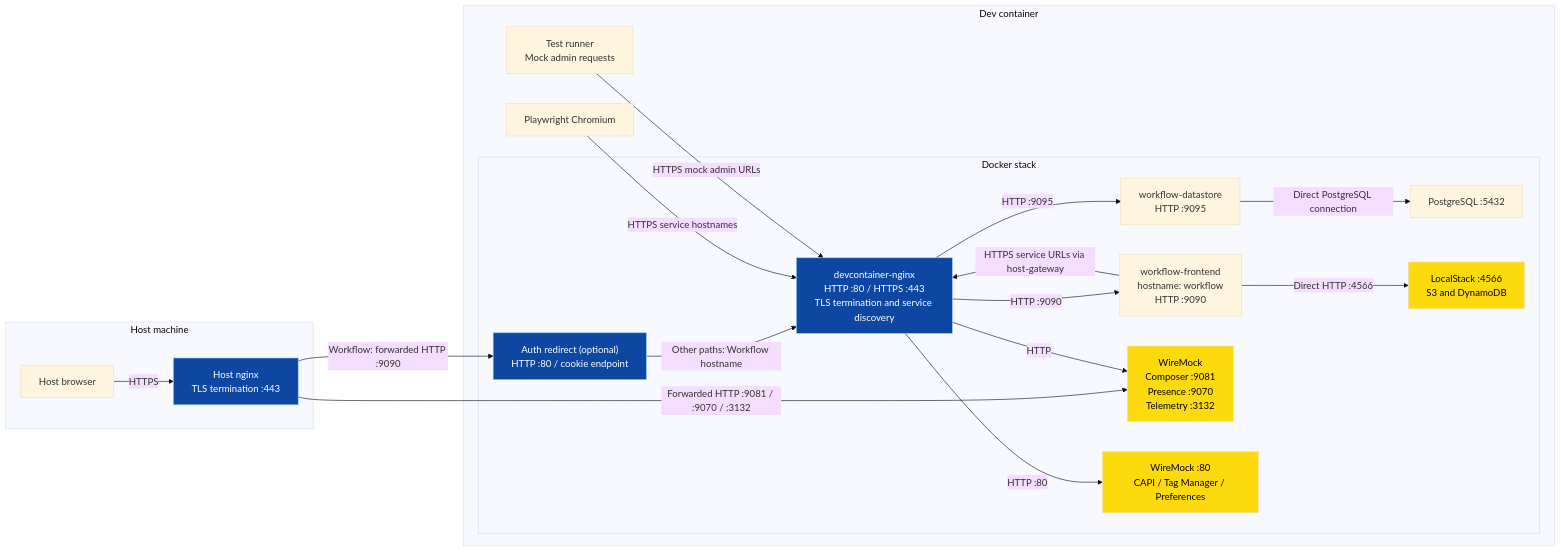
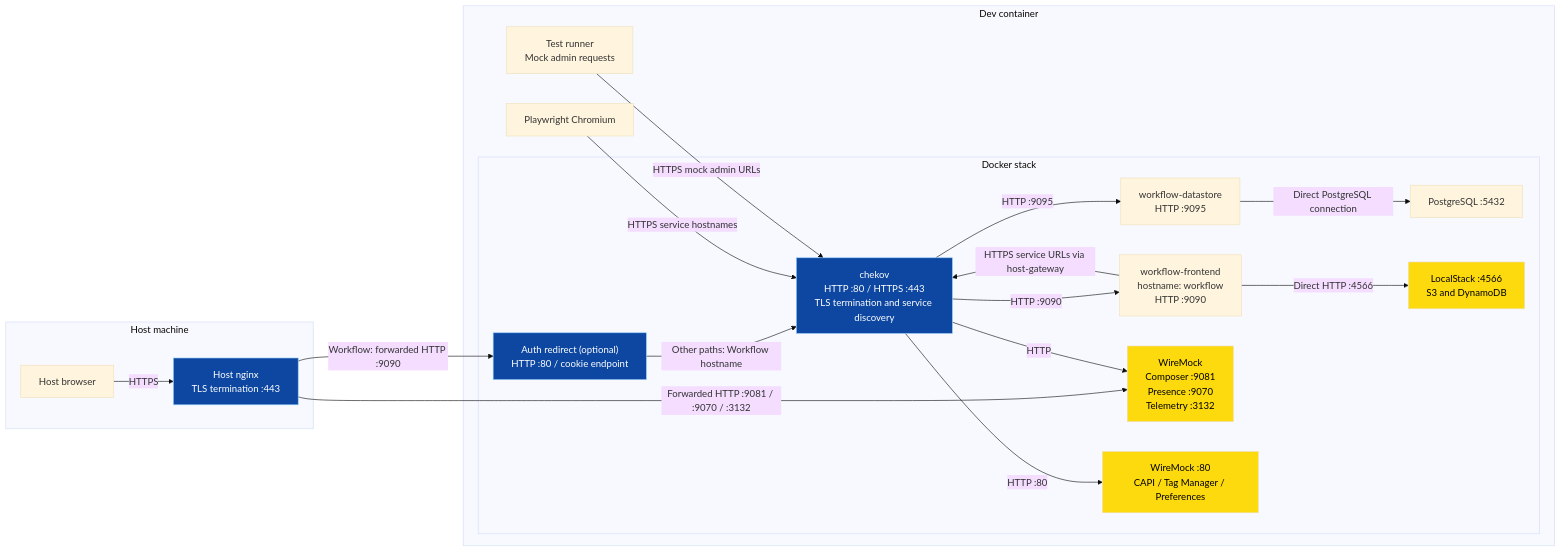
Before and after one commit to guardian/workflow-frontend: the diagram in e2e-tests/README.md, drawn with Mermaid (base theme). The commit also changed other lines of this file and 3 other files, not shown here.

````diff
--- a/e2e-tests/README.md
+++ b/e2e-tests/README.md
@@ -50,44 +50,44 @@
 ```mermaid
 flowchart LR
   subgraph host["Host machine"]
     HostBrowser["Host browser"]
     HostNginx["Host nginx<br/>TLS termination :443"]
   end
 
   subgraph devcontainer["Dev container"]
     Chromium["Playwright Chromium"]
     TestRunner["Test runner<br/>Mock admin requests"]
 
     subgraph stack["Docker stack"]
-      Proxy["devcontainer-nginx<br/>HTTP :80 / HTTPS :443<br/>TLS termination and service discovery"]
+      Proxy["chekov<br/>HTTP :80 / HTTPS :443<br/>TLS termination and service discovery"]
       Auth["Auth redirect (optional)<br/>HTTP :80 / cookie endpoint"]
       Frontend["workflow-frontend<br/>hostname: workflow<br/>HTTP :9090"]
       Datastore["workflow-datastore<br/>HTTP :9095"]
       BrowserMocks["WireMock<br/>Composer :9081<br/>Presence :9070<br/>Telemetry :3132"]
       ServiceMocks["WireMock :80<br/>CAPI / Tag Manager / Preferences"]
       Postgres["PostgreSQL :5432"]
       LocalStack["LocalStack :4566<br/>S3 and DynamoDB"]
     end
   end
 
   HostBrowser -->|"HTTPS"| HostNginx
   HostNginx -->|"Workflow: forwarded HTTP :9090"| Auth
   Auth -->|"Other paths: Workflow hostname"| Proxy
   HostNginx -->|"Forwarded HTTP :9081 / :9070 / :3132"| BrowserMocks
 
   Chromium -->|"HTTPS service hostnames"| Proxy
   TestRunner -->|"HTTPS mock admin URLs"| Proxy
   Proxy -->|"HTTP :9090"| Frontend
   Proxy -->|"HTTP :9095"| Datastore
   Proxy -->|"HTTP"| BrowserMocks
   Proxy -->|"HTTP :80"| ServiceMocks
 
   Frontend -->|"HTTPS service URLs via host-gateway"| Proxy
   Frontend -->|"Direct HTTP :4566"| LocalStack
   Datastore -->|"Direct PostgreSQL connection"| Postgres
 
   classDef proxy fill:#0d47a1,stroke:#90caf9,color:#fff;
   classDef mocked fill:#FDDA0D,color:#000;
   class HostNginx,Proxy,Auth proxy;
   class BrowserMocks,ServiceMocks,LocalStack mocked;
 ```
````
